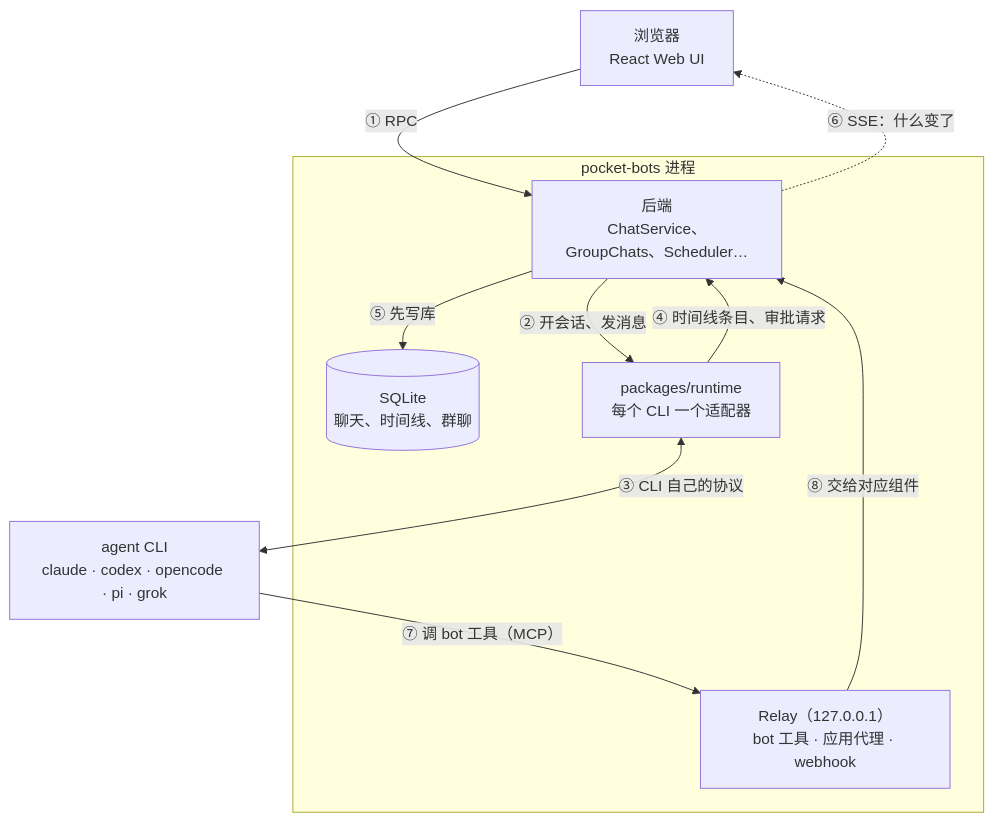
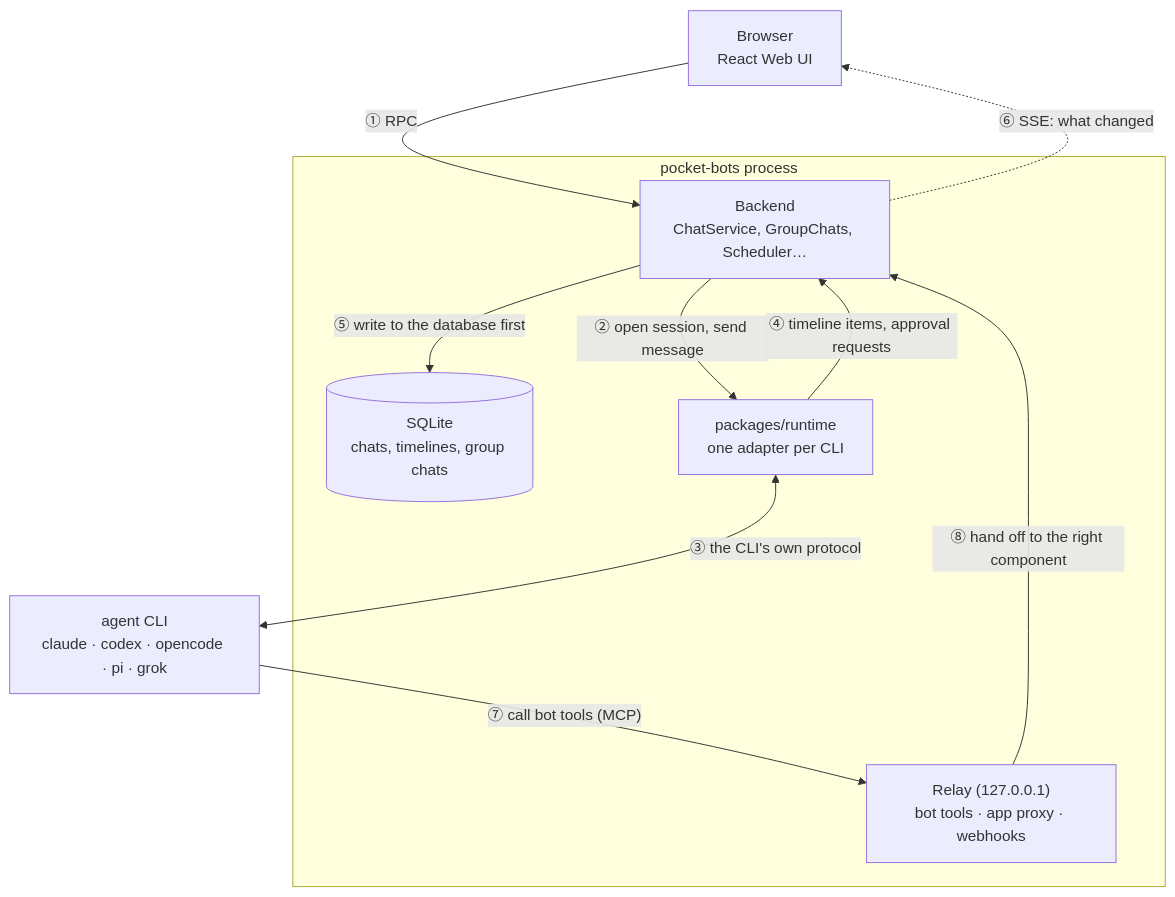
The diagram in README.md (hustnn/pocket-bots), drawn with Mermaid before and after one commit. The commit also changed other lines of this file and 3 other files, not shown here.

````diff
--- a/README.md
+++ b/README.md
@@ -105,20 +109,20 @@
 ```mermaid
 flowchart TB
-  W["浏览器<br/>React Web UI"]
-  subgraph P["pocket-bots 进程"]
-    S["后端<br/>ChatService、GroupChats、Scheduler…"]
-    DB[("SQLite<br/>聊天、时间线、群聊")]
-    RT["packages/runtime<br/>每个 CLI 一个适配器"]
-    R["Relay（127.0.0.1）<br/>bot 工具 · 应用代理 · webhook"]
+  W["Browser<br/>React Web UI"]
+  subgraph P["pocket-bots process"]
+    S["Backend<br/>ChatService, GroupChats, Scheduler…"]
+    DB[("SQLite<br/>chats, timelines, group chats")]
+    RT["packages/runtime<br/>one adapter per CLI"]
+    R["Relay (127.0.0.1)<br/>bot tools · app proxy · webhooks"]
   end
   A["agent CLI<br/>claude · codex · opencode · pi · grok"]
 
   W -->|"① RPC"| S
-  S -->|"② 开会话、发消息"| RT
-  RT <-->|"③ CLI 自己的协议"| A
-  RT -->|"④ 时间线条目、审批请求"| S
-  S -->|"⑤ 先写库"| DB
-  S -.->|"⑥ SSE：什么变了"| W
-  A -->|"⑦ 调 bot 工具（MCP）"| R
-  R -->|"⑧ 交给对应组件"| S
+  S -->|"② open session, send message"| RT
+  RT <-->|"③ the CLI's own protocol"| A
+  RT -->|"④ timeline items, approval requests"| S
+  S -->|"⑤ write to the database first"| DB
+  S -.->|"⑥ SSE: what changed"| W
+  A -->|"⑦ call bot tools (MCP)"| R
+  R -->|"⑧ hand off to the right component"| S
 ```
````
